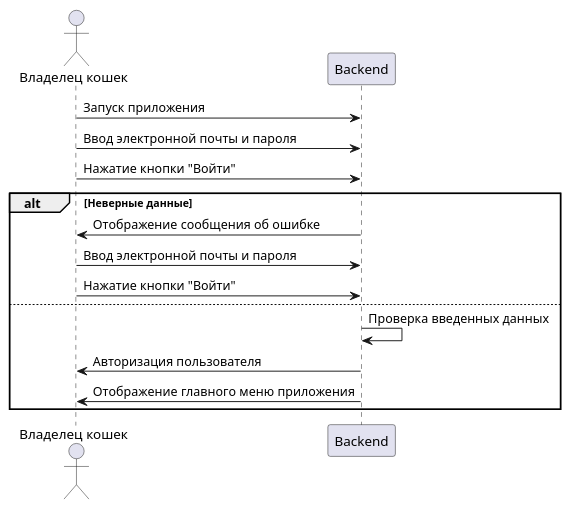
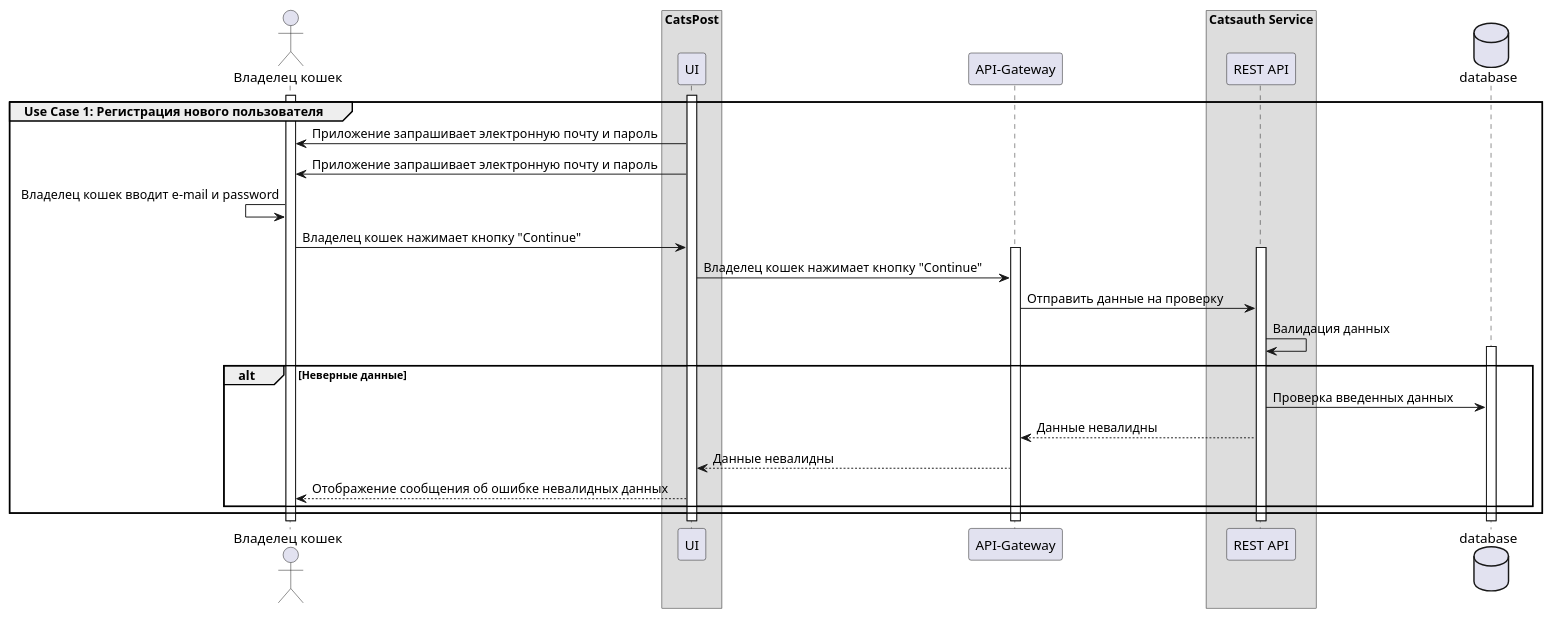
Before and after one commit to nikitcat/requirements.github.io: the diagram in src/docs/asciidoc/uml/seq_diaqrams/auth.puml, drawn with PlantUML. The commit also changed 4 other files, not shown here.

```diff
--- a/src/docs/asciidoc/uml/seq_diaqrams/auth.puml
+++ b/src/docs/asciidoc/uml/seq_diaqrams/auth.puml
@@ -1,18 +1,34 @@
 @startuml
-actor "Владелец кошек" as user
-participant "Backend" as Backend
+actor "Владелец кошек" as User
+box "CatsPost"
+    participant "UI" as UI
+end box
+participant "API-Gateway" as Gateway
+box "Catsauth Service"
+participant "REST API" as REST
+end box
+database "database" as db
 
-user -> Backend: Запуск приложения
-user -> Backend: Ввод электронной почты и пароля
-user -> Backend: Нажатие кнопки "Войти"
 
+
+group Use Case 1: Регистрация нового пользователя
+activate User
+activate UI
+User <- UI:Приложение запрашивает электронную почту и пароль
+User <- UI:Приложение запрашивает электронную почту и пароль
+User <- User:Владелец кошек вводит e-mail и password
+User -> UI:Владелец кошек нажимает кнопку "Сontinue"
+activate Gateway
+activate REST
+UI -> Gateway:Владелец кошек нажимает кнопку "Continue"
+Gateway -> REST:Отправить данные на проверку
+REST -> REST:Валидация данных
 alt Неверные данные
-  Backend-> user: Отображение сообщения об ошибке
-  user -> Backend: Ввод электронной почты и пароля
-  user -> Backend: Нажатие кнопки "Войти"
-else
-  Backend-> Backend: Проверка введенных данных
-  Backend-> user: Авторизация пользователя
-  Backend-> user: Отображение главного меню приложения
+activate db
+REST -> db:Проверка введенных данных
+REST --> Gateway:Данные невалидны
+Gateway --> UI:Данные невалидны
+UI --> User:Отображение сообщения об ошибке невалидных данных
 end
+end group
 @enduml
```
